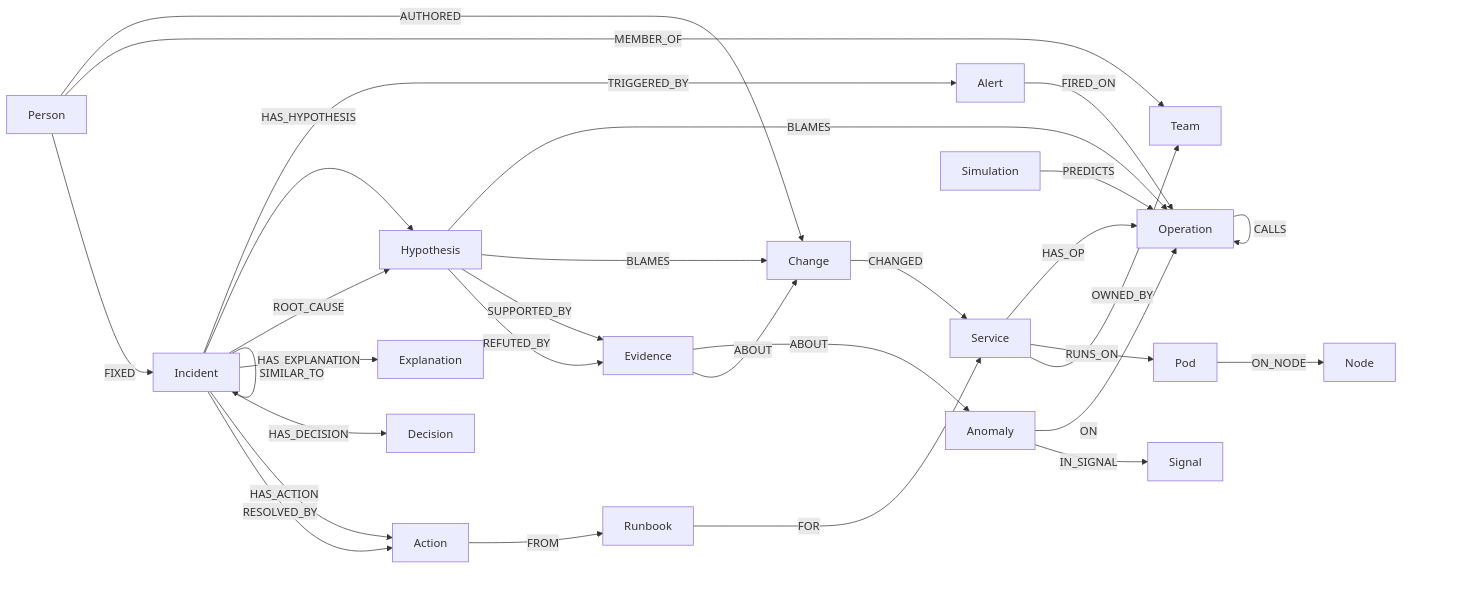
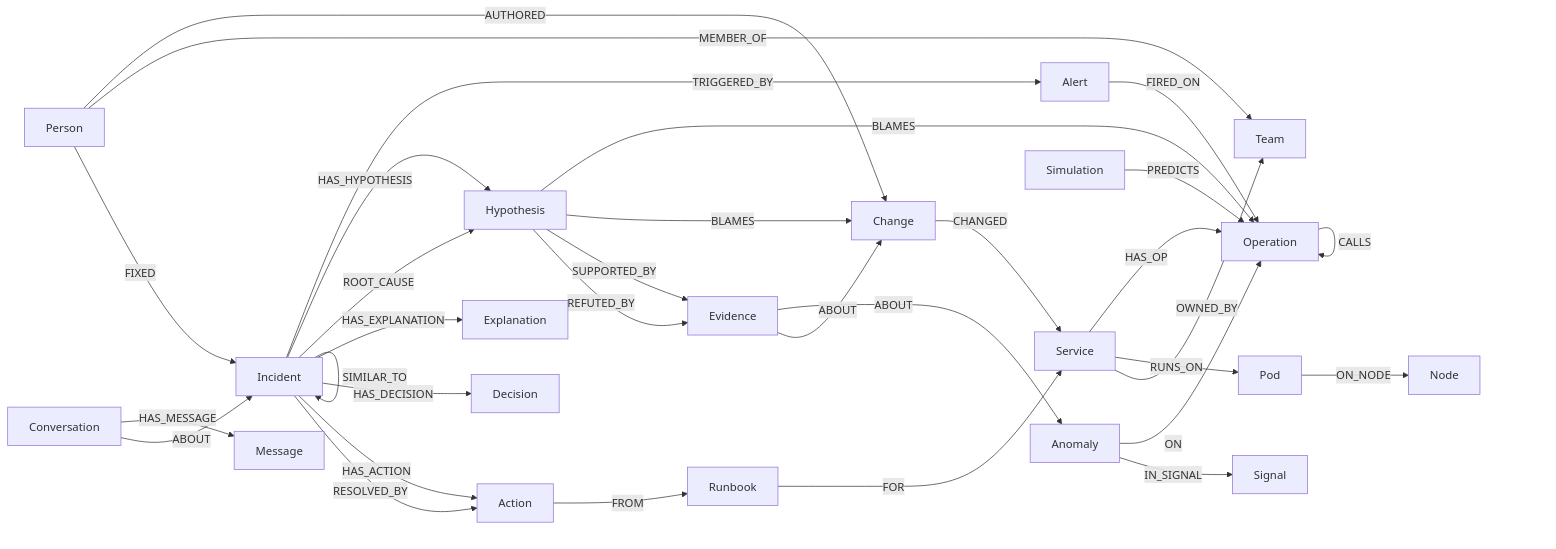
The diagram in docs/GRAPH_SCHEMA.md (Prateek1771/epicenter), drawn with Mermaid before and after one commit. The commit also changed other lines of this file and 102 other files, not shown here.

````diff
--- a/docs/GRAPH_SCHEMA.md
+++ b/docs/GRAPH_SCHEMA.md
@@ -24,30 +24,32 @@
 ```mermaid
 flowchart LR
     S[Service] -->|HAS_OP| O[Operation]
     O -->|CALLS| O
     S -->|RUNS_ON| P[Pod] -->|ON_NODE| N[Node]
     CH[Change] -->|CHANGED| S
     PE[Person] -->|AUTHORED| CH
     A[Anomaly] -->|ON| O
     A -->|IN_SIGNAL| SG[Signal]
     I[Incident] -->|TRIGGERED_BY| AL[Alert] -->|FIRED_ON| O
     I -->|HAS_HYPOTHESIS| H[Hypothesis]
     H -->|BLAMES| O
     H -->|BLAMES| CH
     H -->|SUPPORTED_BY| E[Evidence]
     H -->|REFUTED_BY| E
     E -->|ABOUT| A
     E -->|ABOUT| CH
     I -->|ROOT_CAUSE| H
     I -->|HAS_EXPLANATION| X[Explanation]
     I -->|HAS_DECISION| D[Decision]
     I -->|SIMILAR_TO| I
     I -->|HAS_ACTION| AC[Action]
     I -->|RESOLVED_BY| AC
     AC -->|FROM| RB[Runbook]
     RB -->|FOR| S
     S -->|OWNED_BY| T[Team]
     PE -->|MEMBER_OF| T
     PE -->|FIXED| I
     SIM[Simulation] -->|PREDICTS| O
+    CV[Conversation] -->|HAS_MESSAGE| M[Message]
+    CV -->|ABOUT| I
 ```
````
